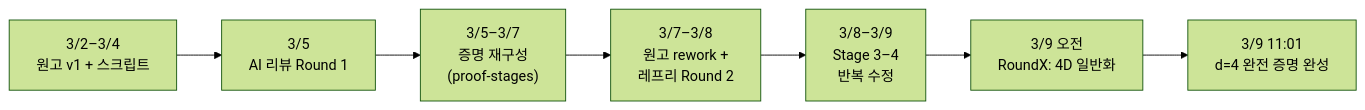
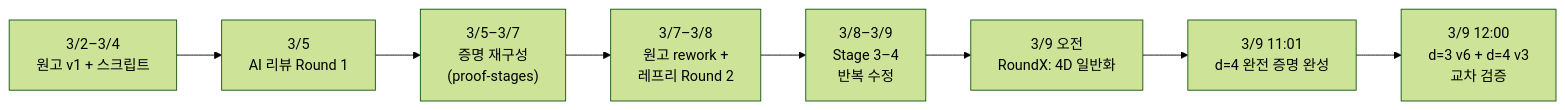
One commit to aria1th/Torus-Hamilton-Decomposition changed the diagram in RESEARCH_PROGRESSION.md. Above: the diagram before and after it, drawn with Mermaid (forest theme). The commit also changed other lines of this file and 11 other files, not shown here.

````diff
--- a/RESEARCH_PROGRESSION.md
+++ b/RESEARCH_PROGRESSION.md
@@ -12,9 +12,10 @@
 ```mermaid
 flowchart LR
     A["3/2–3/4<br>원고 v1 + 스크립트"] --> B["3/5<br>AI 리뷰 Round 1"]
     B --> C["3/5–3/7<br>증명 재구성<br>(proof-stages)"]
     C --> D["3/7–3/8<br>원고 rework + <br>레프리 Round 2"]
     D --> E["3/8–3/9<br>Stage 3–4<br>반복 수정"]
     E --> F["3/9 오전<br>RoundX: 4D 일반화"]
     F --> G["3/9 11:01<br>d=4 완전 증명 완성"]
+    G --> H["3/9 12:00<br>d=3 v6 + d=4 v3<br>교차 검증"]
 ```
````
